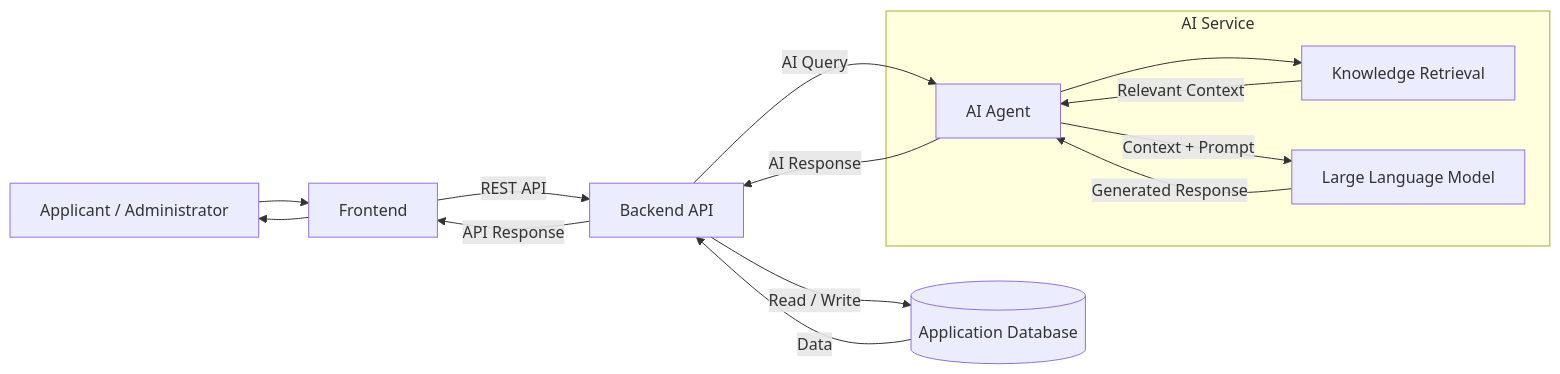
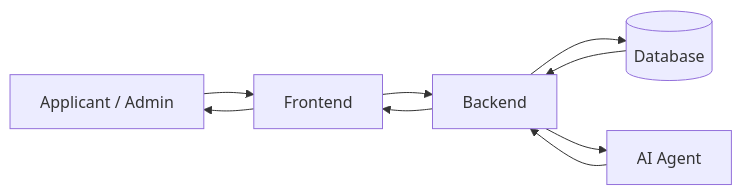
One commit to Timtimle/UniAdmSys changed the first of 2 diagrams in README.md. Above: the diagram before and after it, drawn with Mermaid. The commit also changed other lines of this file, not shown here.

````diff
--- a/README.md
+++ b/README.md
@@ -21,30 +21,20 @@
 ```mermaid
 flowchart LR
-    USER["Applicant / Administrator"]
+    USER["Applicant / Admin"]
     FE["Frontend"]
-    BE["Backend API"]
-    DB[("Application Database")]
-
-    subgraph AIS["AI Service"]
-        AGENT["AI Agent"]
-        RET["Knowledge Retrieval"]
-        LLM["Large Language Model"]
-    end
+    BE["Backend"]
+    DB[("Database")]
+    AI["AI Agent"]
 
     USER --> FE
-    FE -->|"REST API"| BE
+    FE --> BE
 
-    BE -->|"Read / Write"| DB
-    DB -->|"Data"| BE
+    BE --> DB
+    BE --> AI
 
-    BE -->|"AI Query"| AGENT
-    AGENT --> RET
-    RET -->|"Relevant Context"| AGENT
+    DB --> BE
+    AI --> BE
 
-    AGENT -->|"Context + Prompt"| LLM
-    LLM -->|"Generated Response"| AGENT
-
-    AGENT -->|"AI Response"| BE
-    BE -->|"API Response"| FE
+    BE --> FE
     FE --> USER
 ```
````
